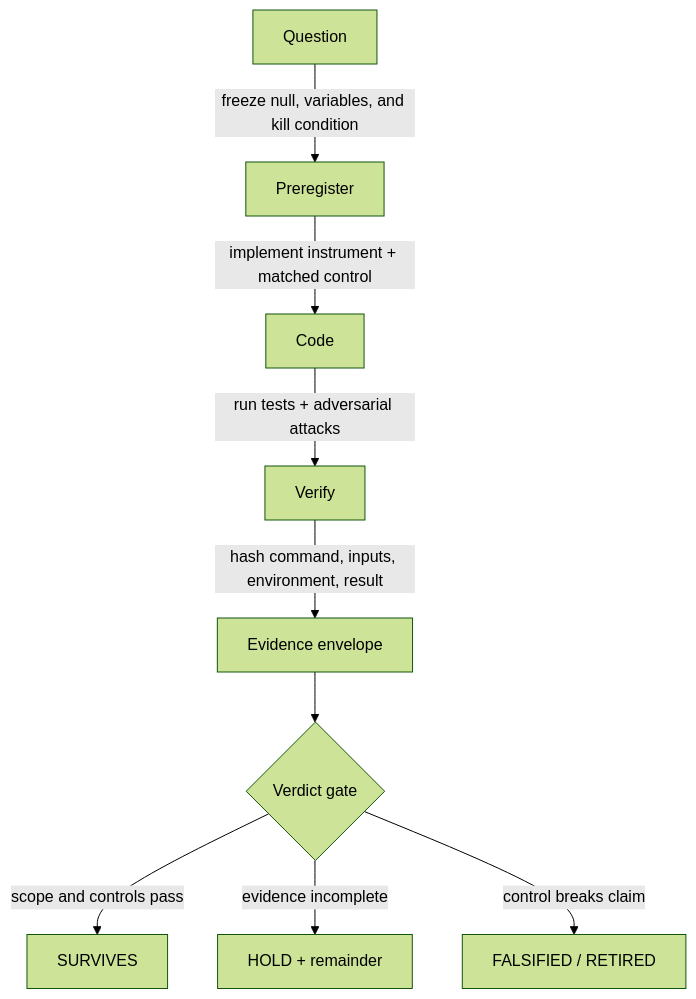
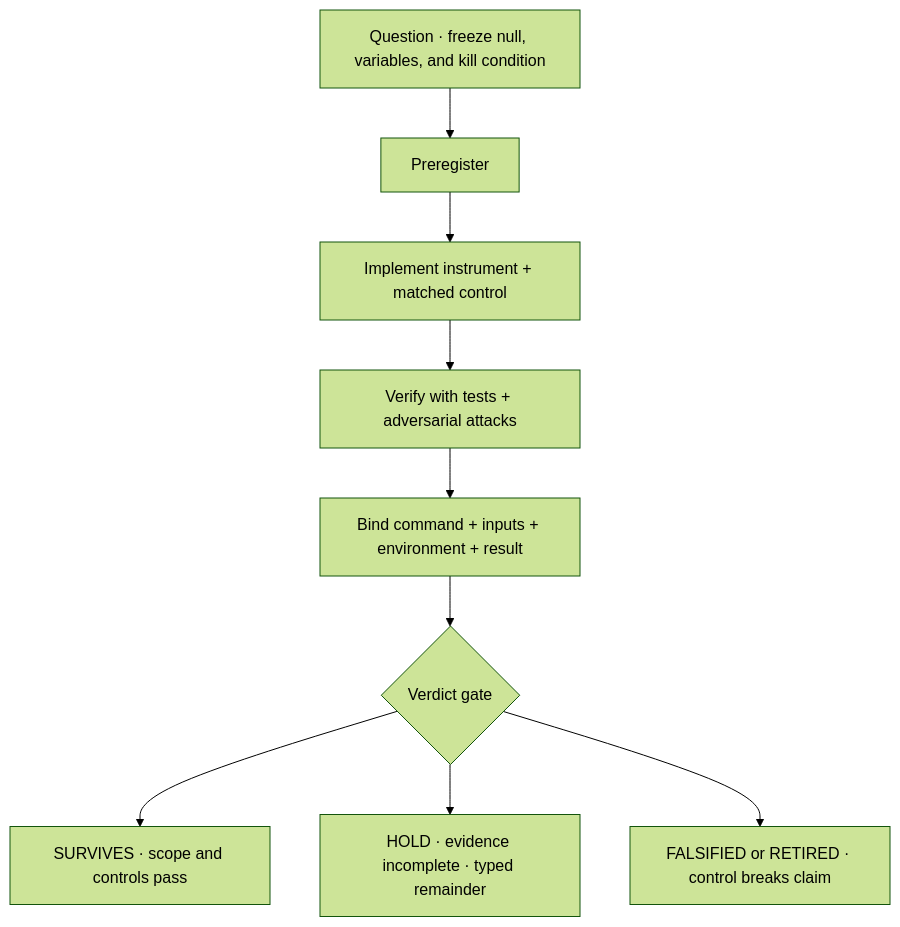
One commit to Dojo-1/hypercomplexbrain changed the second of 3 diagrams in README.md. Above: the diagram before and after it, drawn with Mermaid (forest theme). The commit also changed other lines of this file, not shown here.

Commit message:
Fix GitHub Mermaid rendering

````diff
--- a/README.md
+++ b/README.md
@@ -169,12 +180,12 @@
 ```mermaid
-flowchart TD
-    Q["Question"] -->|"freeze null, variables, and kill condition"| PR["Preregister"]
-    PR -->|"implement instrument + matched control"| I["Code"]
-    I -->|"run tests + adversarial attacks"| V["Verify"]
-    V -->|"hash command, inputs, environment, result"| E["Evidence envelope"]
+graph TD
+    Q["Question · freeze null, variables, and kill condition"] --> PR["Preregister"]
+    PR --> I["Implement instrument + matched control"]
+    I --> V["Verify with tests + adversarial attacks"]
+    V --> E["Bind command + inputs + environment + result"]
     E --> G{"Verdict gate"}
 
-    G -->|"scope and controls pass"| S["SURVIVES"]
-    G -->|"evidence incomplete"| H["HOLD + remainder"]
-    G -->|"control breaks claim"| R["FALSIFIED / RETIRED"]
+    G --> S["SURVIVES · scope and controls pass"]
+    G --> H["HOLD · evidence incomplete · typed remainder"]
+    G --> R["FALSIFIED or RETIRED · control breaks claim"]
 ```
````
